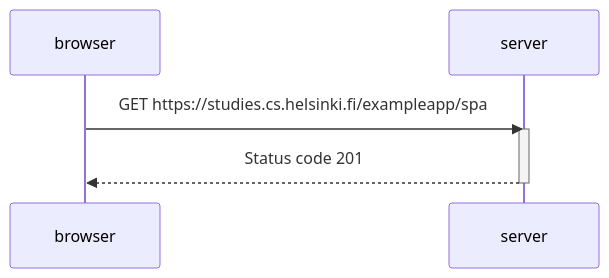
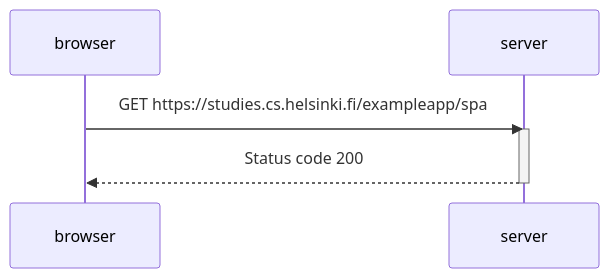
Before and after one commit to heik-ki/full-stack: the diagram in osa0/0.5_Single Page App.md, drawn with Mermaid.

Commit message:
Update 0.5_Single Page App.md

````diff
--- a/osa0/0.5_Single Page App.md
+++ b/osa0/0.5_Single Page App.md
@@ -1,11 +1,11 @@
 ```mermaid
 sequenceDiagram
   participant browser
   participant server
 
 browser->>server: GET https://studies.cs.helsinki.fi/exampleapp/spa
 activate server
-server-->>browser: Status code 201
+server-->>browser: Status code 200
 deactivate server
 
 ```
````
